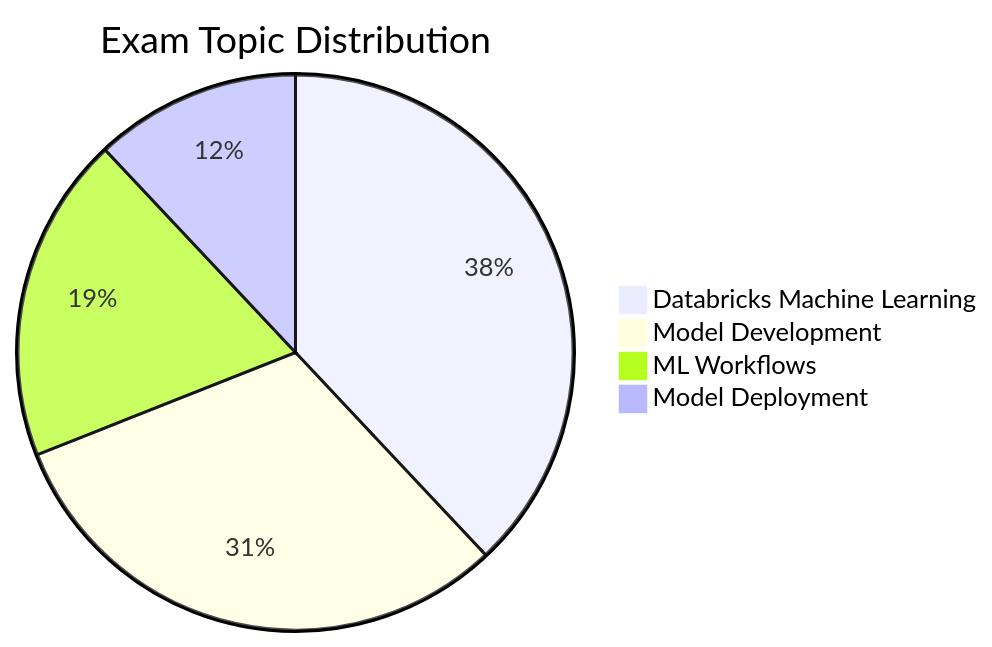
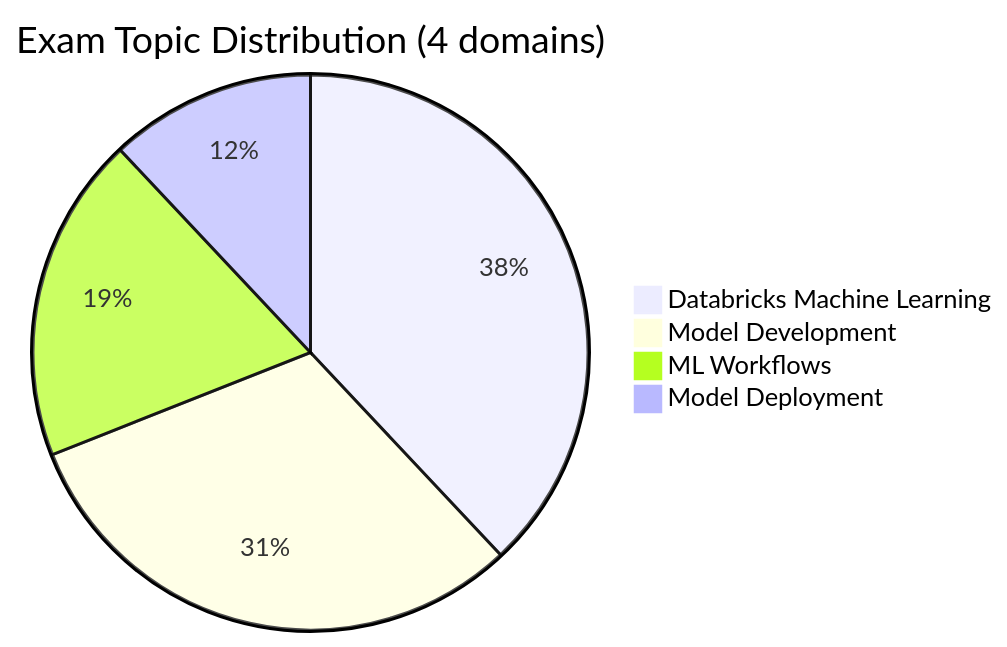
Before and after one commit to kengio/databricks-certification-study-guide: the diagram in certifications/ml-associate/README.md, drawn with Mermaid. The commit also changed 9 other files, not shown here.

````diff
--- a/certifications/ml-associate/README.md
+++ b/certifications/ml-associate/README.md
@@ -43,7 +43,7 @@
 ```mermaid
-pie title Exam Topic Distribution
+pie title Exam Topic Distribution (4 domains)
     "Databricks Machine Learning" : 38
     "Model Development" : 31
     "ML Workflows" : 19
     "Model Deployment" : 12
 ```
````
